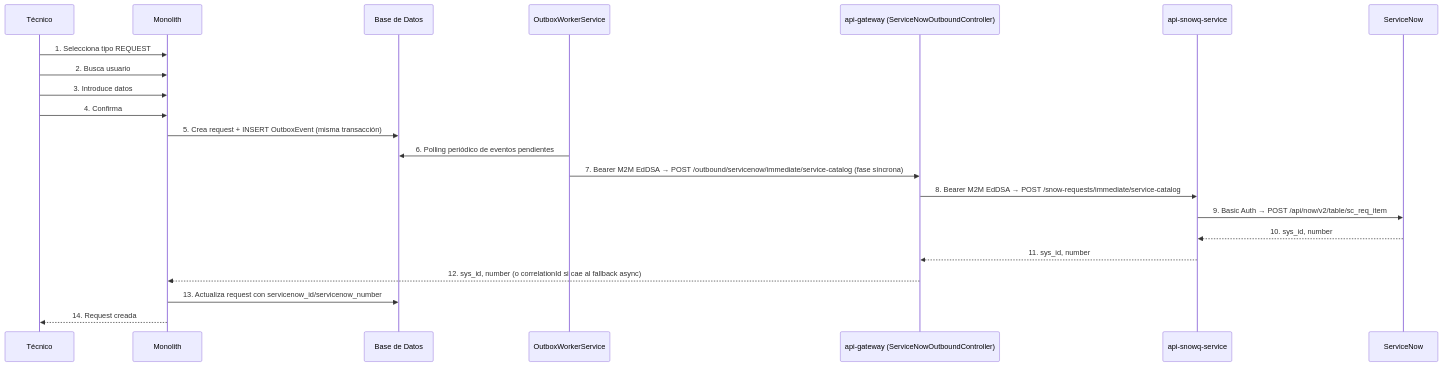
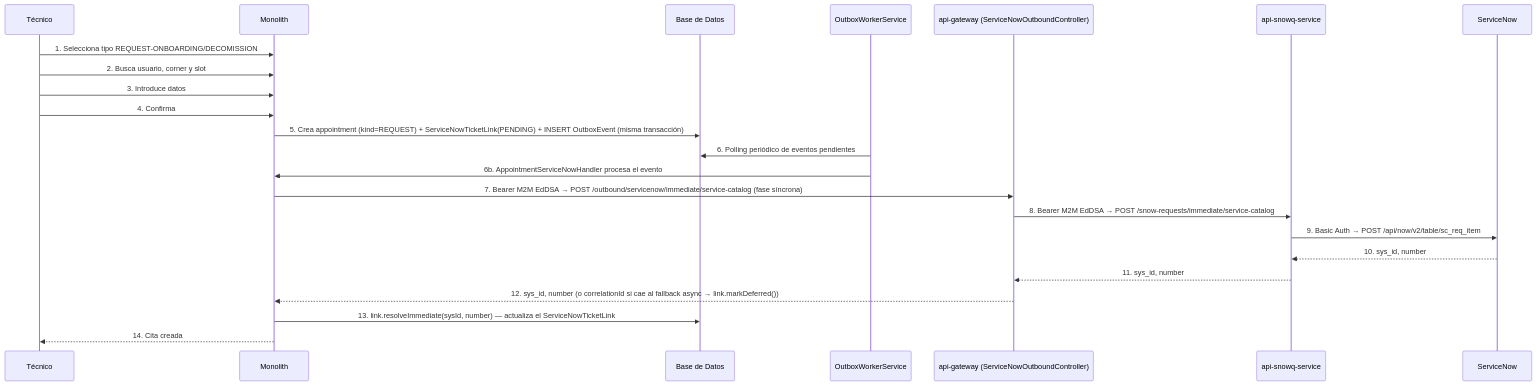
The fourth of 4 diagrams in monolito-event-corner_v3/docs/documentation.md (maironcuellomartinez/monorepo-service), drawn with Mermaid before and after one commit. The commit also changed other lines of this file and 183 other files, not shown here.

First line of the commit message:
Remodelado dominio Appointment (unifica Incident/Request) + fixes ServiceNow (#5)

````diff
--- a/monolito-event-corner_v3/docs/documentation.md
+++ b/monolito-event-corner_v3/docs/documentation.md
@@ -950,28 +999,29 @@
 ```mermaid
 sequenceDiagram
     participant T as Técnico
     participant S as Monolith
     participant DB as Base de Datos
     participant OW as OutboxWorkerService
     participant GW as api-gateway (ServiceNowOutboundController)
     participant SQ as api-snowq-service
     participant SN as ServiceNow
 
-    T->>S: 1. Selecciona tipo REQUEST
-    T->>S: 2. Busca usuario
+    T->>S: 1. Selecciona tipo REQUEST-ONBOARDING/DECOMISSION
+    T->>S: 2. Busca usuario, corner y slot
     T->>S: 3. Introduce datos
     T->>S: 4. Confirma
 
-    S->>DB: 5. Crea request + INSERT OutboxEvent (misma transacción)
+    S->>DB: 5. Crea appointment (kind=REQUEST) + ServiceNowTicketLink(PENDING) + INSERT OutboxEvent (misma transacción)
 
     OW->>DB: 6. Polling periódico de eventos pendientes
-    OW->>GW: 7. Bearer M2M EdDSA → POST /outbound/servicenow/immediate/service-catalog (fase síncrona)
+    OW->>S: 6b. AppointmentServiceNowHandler procesa el evento
+    S->>GW: 7. Bearer M2M EdDSA → POST /outbound/servicenow/immediate/service-catalog (fase síncrona)
     GW->>SQ: 8. Bearer M2M EdDSA → POST /snow-requests/immediate/service-catalog
     SQ->>SN: 9. Basic Auth → POST /api/now/v2/table/sc_req_item
     SN-->>SQ: 10. sys_id, number
     SQ-->>GW: 11. sys_id, number
-    GW-->>S: 12. sys_id, number (o correlationId si cae al fallback async)
-    S->>DB: 13. Actualiza request con servicenow_id/servicenow_number
+    GW-->>S: 12. sys_id, number (o correlationId si cae al fallback async → link.markDeferred())
+    S->>DB: 13. link.resolveImmediate(sysId, number) — actualiza el ServiceNowTicketLink
 
-    S-->>T: 14. Request creada
+    S-->>T: 14. Cita creada
 ```
````
